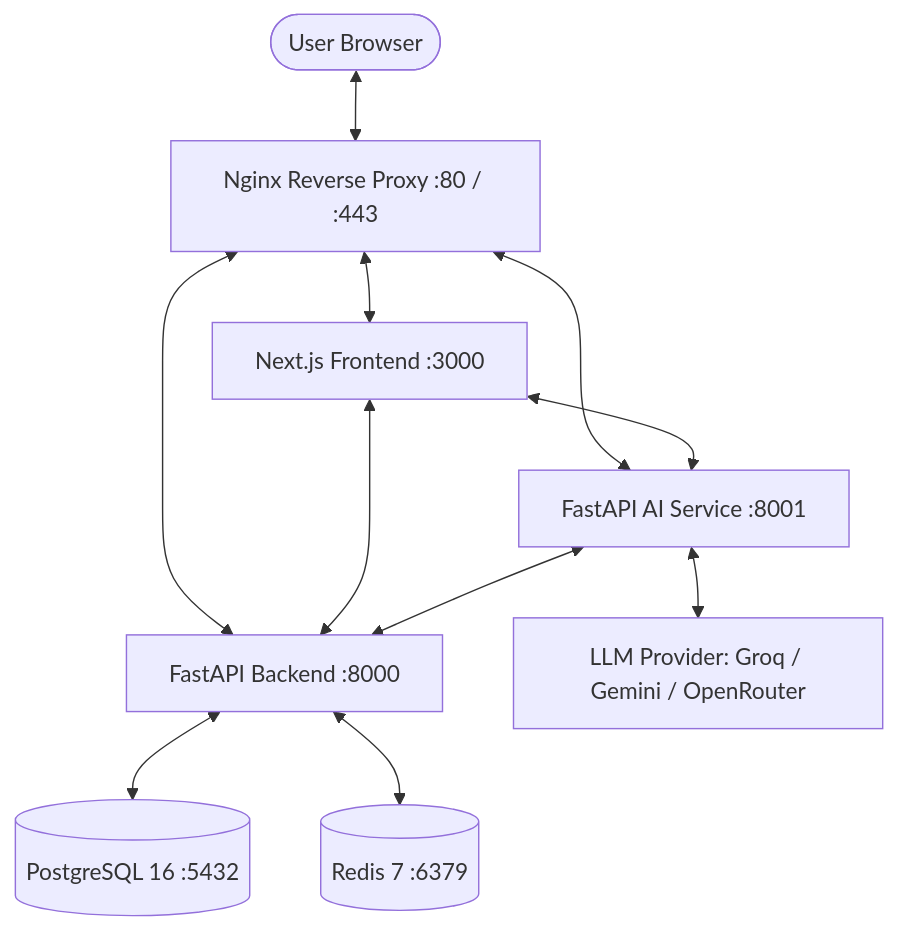
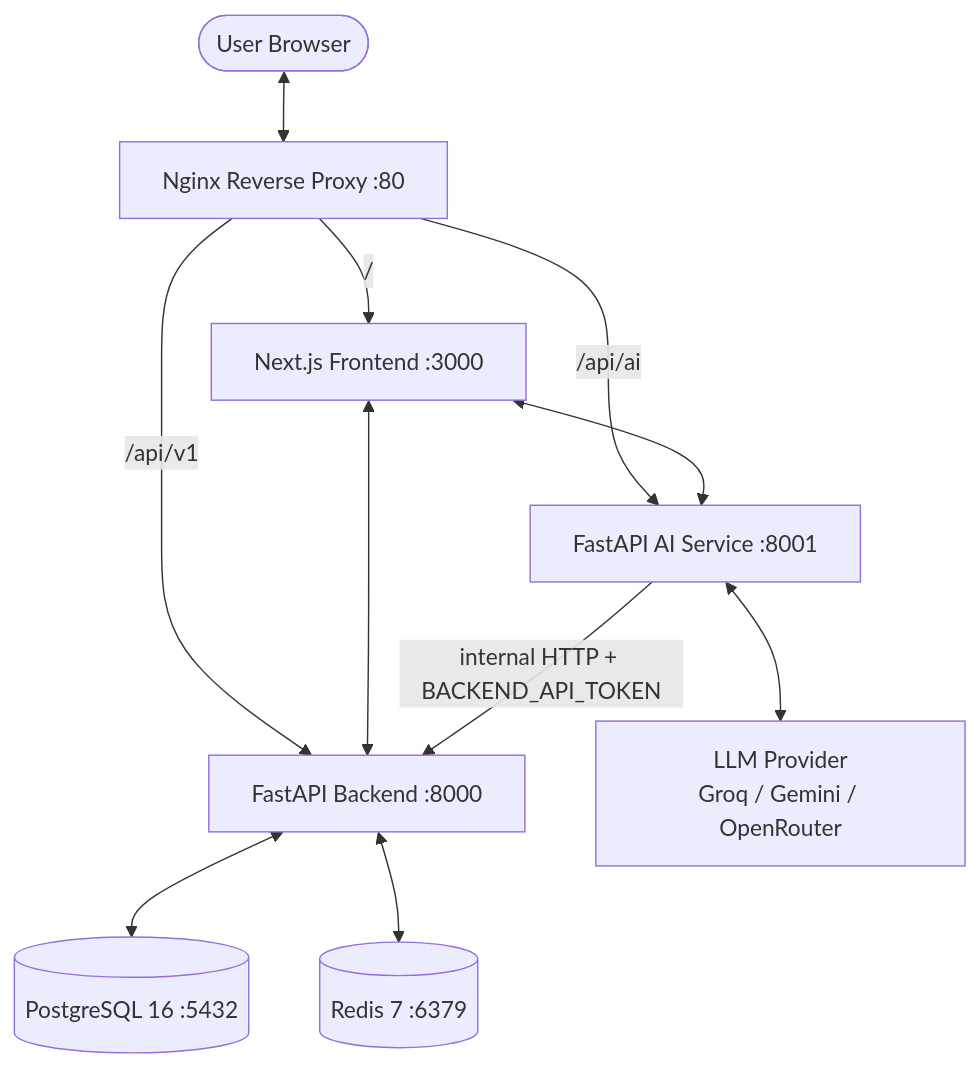
One commit to iaravsinha/student-management-ai changed the first of 2 diagrams in PROJECT_DOCUMENTATION.md. Above: the diagram before and after it, drawn with Mermaid. The commit also changed other lines of this file and 1 other file, not shown here.

````diff
--- a/PROJECT_DOCUMENTATION.md
+++ b/PROJECT_DOCUMENTATION.md
@@ -13,22 +31,22 @@
 ```mermaid
 graph TD
     User([User Browser])
-    Nginx[Nginx Reverse Proxy :80 / :443]
+    Nginx[Nginx Reverse Proxy :80]
     Frontend[Next.js Frontend :3000]
     Backend[FastAPI Backend :8000]
     AIService[FastAPI AI Service :8001]
     DB[(PostgreSQL 16 :5432)]
     Redis[(Redis 7 :6379)]
-    LLM[LLM Provider: Groq / Gemini / OpenRouter]
+    LLM[LLM Provider<br/>Groq / Gemini / OpenRouter]
 
     User <--> Nginx
-    Nginx <--> Frontend
-    Nginx <--> Backend
-    Nginx <--> AIService
+    Nginx -- "/" --> Frontend
+    Nginx -- "/api/v1" --> Backend
+    Nginx -- "/api/ai" --> AIService
     Frontend <--> Backend
     Frontend <--> AIService
     Backend <--> DB
     Backend <--> Redis
     AIService <--> LLM
-    AIService <--> Backend
+    AIService -- "internal HTTP + BACKEND_API_TOKEN" --> Backend
 ```
````
